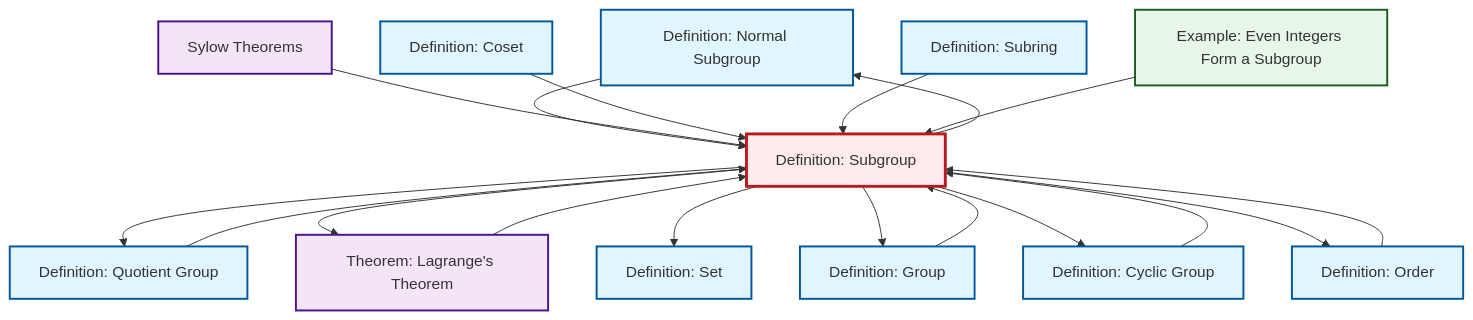
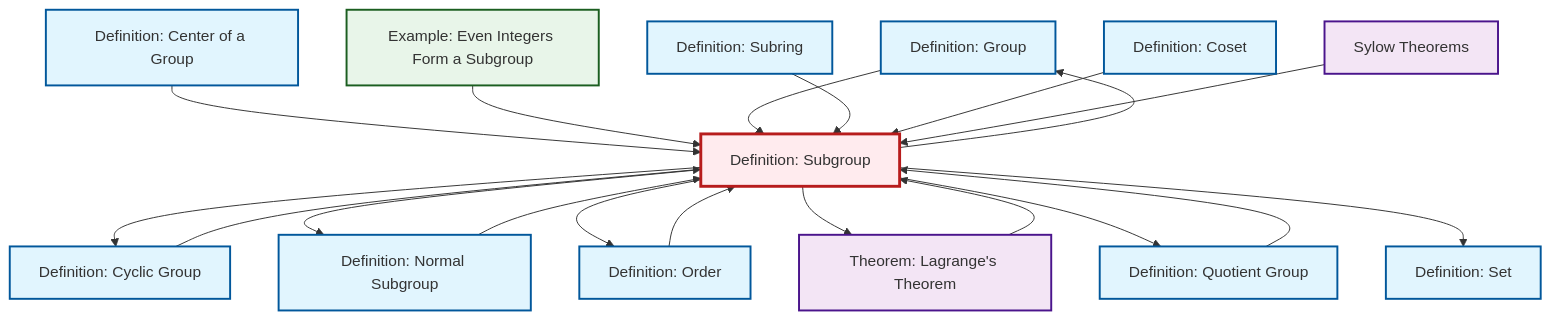
Before and after one commit to RK0429/ModernMath: the diagram in content/en/algebra/def-subgroup.qmd, drawn with Mermaid. The commit also changed 634 other files, not shown here.

````diff
--- a/content/en/algebra/def-subgroup.qmd
+++ b/content/en/algebra/def-subgroup.qmd
@@ -53,50 +53,53 @@
 ```{mermaid}
 %%| fig-cap: "Local dependency graph"
 graph TD
     classDef definition fill:#e1f5fe,stroke:#01579b,stroke-width:2px
     classDef theorem fill:#f3e5f5,stroke:#4a148c,stroke-width:2px
     classDef axiom fill:#fff3e0,stroke:#e65100,stroke-width:2px
     classDef example fill:#e8f5e9,stroke:#1b5e20,stroke-width:2px
     classDef current fill:#ffebee,stroke:#b71c1c,stroke-width:3px
+    def-group["Definition: Group"]:::definition
+    thm-lagrange["Theorem: Lagrange's Theorem"]:::theorem
+    def-center-of-group["Definition: Center of a Group"]:::definition
+    def-subgroup["Definition: Subgroup"]:::definition
+    def-cyclic-group["Definition: Cyclic Group"]:::definition
+    def-quotient-group["Definition: Quotient Group"]:::definition
+    thm-sylow["Sylow Theorems"]:::theorem
     def-normal-subgroup["Definition: Normal Subgroup"]:::definition
-    thm-lagrange["Theorem: Lagrange's Theorem"]:::theorem
-    def-group["Definition: Group"]:::definition
+    def-subring["Definition: Subring"]:::definition
+    ex-even-integers-subgroup["Example: Even Integers Form a Subgroup"]:::example
+    def-order["Definition: Order"]:::definition
     def-set["Definition: Set"]:::definition
-    def-cyclic-group["Definition: Cyclic Group"]:::definition
-    def-subgroup["Definition: Subgroup"]:::definition
-    def-quotient-group["Definition: Quotient Group"]:::definition
-    def-subring["Definition: Subring"]:::definition
-    thm-sylow["Sylow Theorems"]:::theorem
     def-coset["Definition: Coset"]:::definition
-    def-order["Definition: Order"]:::definition
-    ex-even-integers-subgroup["Example: Even Integers Form a Subgroup"]:::example
     def-cyclic-group --> def-subgroup
+    def-center-of-group --> def-subgroup
+    def-subgroup --> def-cyclic-group
+    ex-even-integers-subgroup --> def-subgroup
+    def-subgroup --> def-normal-subgroup
+    def-order --> def-subgroup
+    def-subgroup --> def-order
+    def-quotient-group --> def-subgroup
+    def-group --> def-subgroup
+    def-subring --> def-subgroup
     def-normal-subgroup --> def-subgroup
+    def-subgroup --> thm-lagrange
+    def-coset --> def-subgroup
     def-subgroup --> def-quotient-group
+    def-subgroup --> def-group
+    thm-lagrange --> def-subgroup
     thm-sylow --> def-subgroup
-    def-subgroup --> thm-lagrange
-    def-subgroup --> def-normal-subgroup
-    def-coset --> def-subgroup
-    def-order --> def-subgroup
-    thm-lagrange --> def-subgroup
-    def-subring --> def-subgroup
     def-subgroup --> def-set
-    def-group --> def-subgroup
-    def-quotient-group --> def-subgroup
-    def-subgroup --> def-group
-    def-subgroup --> def-cyclic-group
-    def-subgroup --> def-order
-    ex-even-integers-subgroup --> def-subgroup
     class def-subgroup current
-    click def-normal-subgroup "def-normal-subgroup.html" "Go to Normal Subgroup definition"
+    click def-group "def-group.html" "Go to Group definition"
     click thm-lagrange "thm-lagrange.html" "Go to Lagrange's Theorem theorem"
-    click def-group "def-group.html" "Go to Group definition"
-    click def-set "def-set.html" "Go to Set definition"
+    click def-center-of-group "def-center-of-group.html" "Go to Center of a Group definition"
     click def-cyclic-group "def-cyclic-group.html" "Go to Cyclic Group definition"
     click def-quotient-group "def-quotient-group.html" "Go to Quotient Group definition"
+    click thm-sylow "thm-sylow.html" "Go to Sylow Theorems"
+    click def-normal-subgroup "def-normal-subgroup.html" "Go to Normal Subgroup definition"
     click def-subring "def-subring.html" "Go to Subring definition"
-    click thm-sylow "thm-sylow.html" "Go to Sylow Theorems"
+    click ex-even-integers-subgroup "ex-even-integers-subgroup.html" "Go to Even Integers Form a Subgroup example"
+    click def-order "def-order.html" "Go to Order definition"
+    click def-set "def-set.html" "Go to Set definition"
     click def-coset "def-coset.html" "Go to Coset definition"
-    click def-order "def-order.html" "Go to Order definition"
-    click ex-even-integers-subgroup "ex-even-integers-subgroup.html" "Go to Even Integers Form a Subgroup example"
 ```
````
